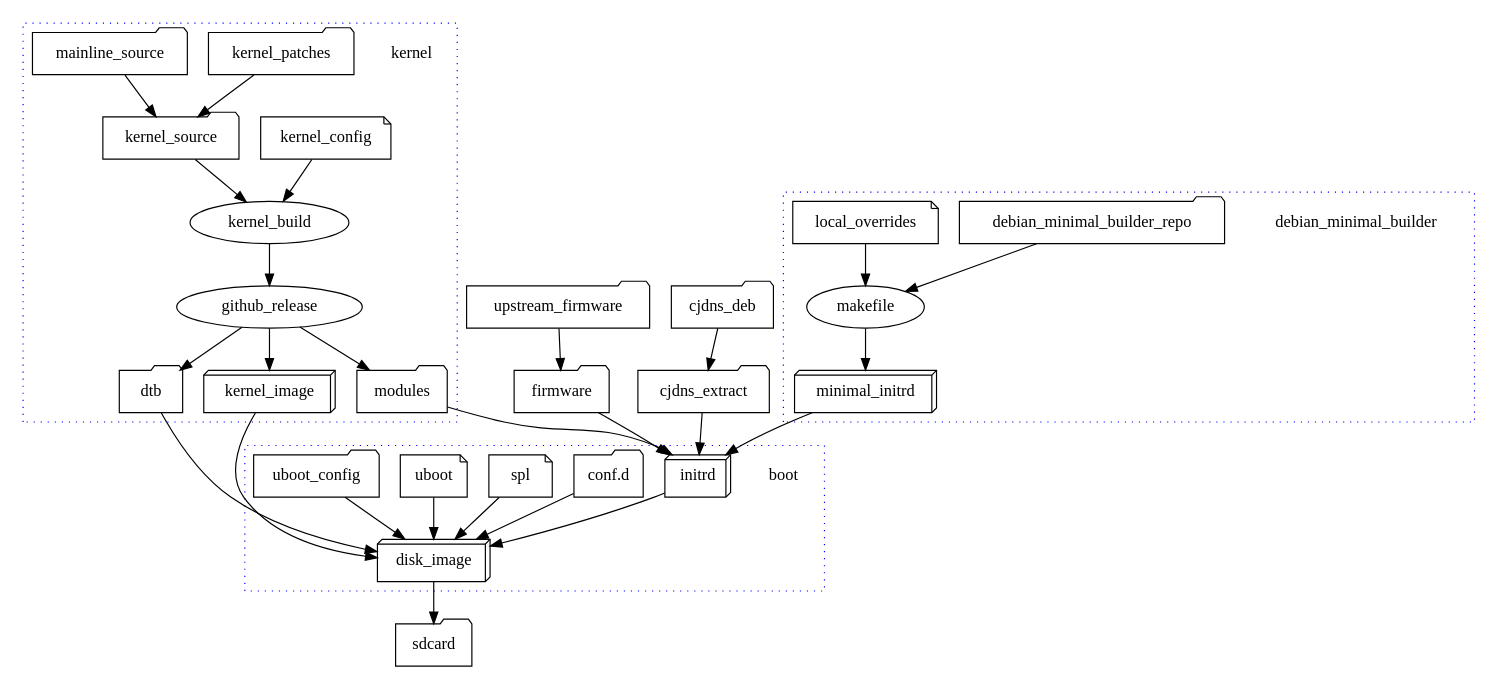
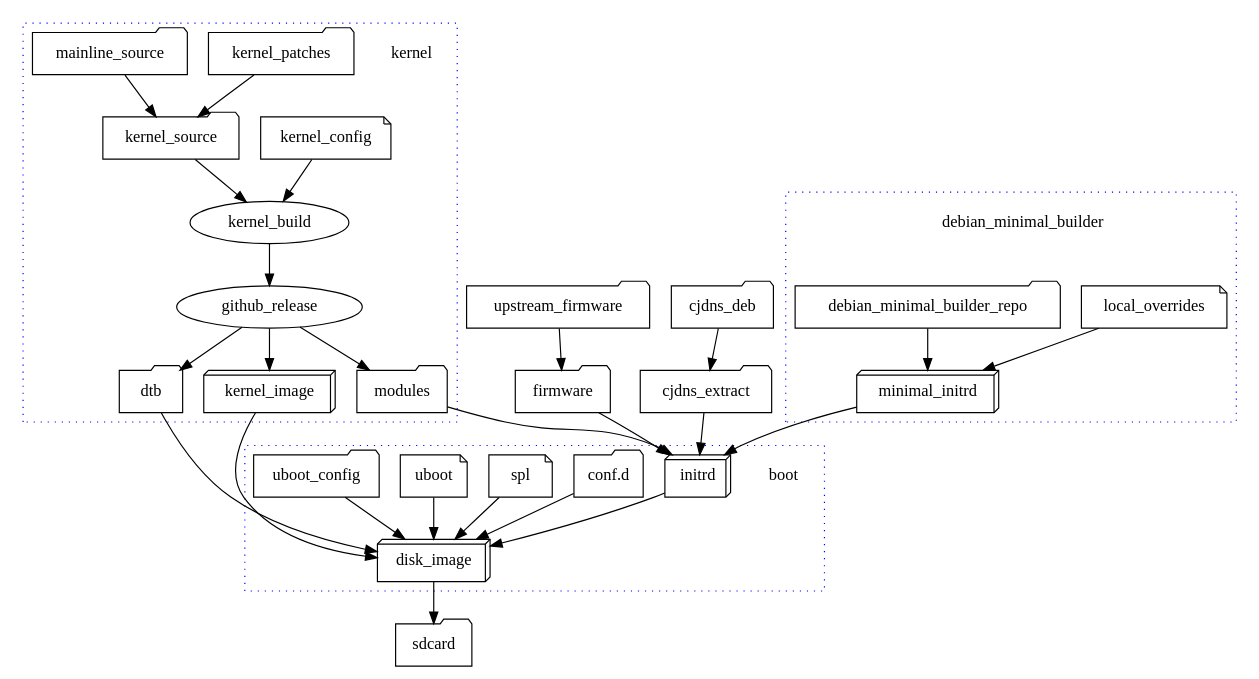
Before and after one commit to tomeshnet/mesh-orange: the diagram in docs/build.dot, drawn with Graphviz.

Commit message:
Simplify the debian steps of the build even further

```diff
--- a/docs/build.dot
+++ b/docs/build.dot
@@ -1,82 +1,84 @@
 #
 # Outline how the build process works
 #
 
 digraph g{
 
     subgraph cluster_debian {
         debian_minimal_builder [shape=plaintext];
         graph[style=dotted];
         color=blue;
 
+        debian_minimal_builder -> debian_minimal_builder_repo [dir=none style=invisible];
+        debian_minimal_builder -> local_overrides [dir=none style=invisible];
+
         debian_minimal_builder_repo [shape=folder];
         local_overrides [shape=note];
         minimal_initrd [shape=box3d];
 
-        debian_minimal_builder_repo -> makefile;
+        debian_minimal_builder_repo -> minimal_initrd;
 
-        local_overrides -> makefile;
+        local_overrides -> minimal_initrd;
 
-        makefile -> minimal_initrd;
     }
     
     subgraph cluster_kernel {
         kernel [shape=plaintext];
         graph[style=dotted];
         color=blue;
 
         kernel_config [shape=note];
         mainline_source [shape=folder];
         kernel_patches [shape=folder];
         kernel_source [shape=folder];
         kernel_image [shape=box3d];
         modules [shape=folder];
         dtb [shape=folder];
 
         kernel_patches -> kernel_source;
         mainline_source -> kernel_source;
         kernel_source -> kernel_build;
         kernel_config -> kernel_build;
 
         kernel_build -> github_release -> kernel_image;
         github_release -> modules;
         github_release -> dtb;
     }
 
     upstream_firmware [shape=folder];
     firmware [shape=folder];
     upstream_firmware -> firmware;
 
     cjdns_deb [shape=folder];
     cjdns_extract [shape=folder];
     cjdns_deb -> cjdns_extract;
 
     subgraph cluster_boot {
         boot [shape=plaintext];
         graph[style=dotted];
         color=blue;
 
         initrd [shape=box3d];
         conf_d [label="conf.d" shape=folder];
         spl [shape=note];
         uboot [shape=note];
         uboot_config [shape=folder];
 
         spl -> disk_image;
         uboot -> disk_image;
         uboot_config -> disk_image;
         initrd -> disk_image;
         conf_d -> disk_image;
         dtb -> disk_image;
     }
 
     firmware -> initrd;
     minimal_initrd -> initrd;
     modules -> initrd;
     cjdns_extract -> initrd;
     kernel_image -> disk_image;
 
     disk_image [shape=box3d];
     sdcard [shape=folder];
     disk_image -> sdcard;
 }
```
